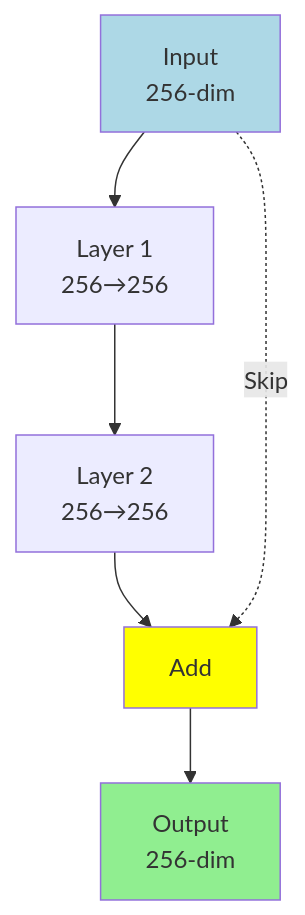
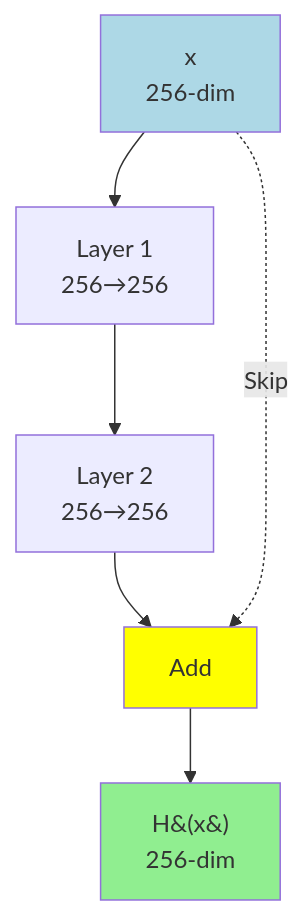
One commit to snowch/snowch.github.io changed the third of 5 diagrams in ai-eng/embedding-anomaly-detection/part1-understanding-resnet.md. Above: the diagram before and after it, drawn with Mermaid. The commit also changed other lines of this file, not shown here.

Commit message:
Fix mermaid diagram rendering for H(x) notation
Use HTML entity encoding (&#40; and &#41;) for parentheses in mermaid diagrams to properly render H(x). Updated Visual Comparison diagrams to use 'x' for input and 'H(x)' for output, consistent with earlier diagrams in the document.

````diff
--- a/ai-eng/embedding-anomaly-detection/part1-understanding-resnet.md
+++ b/ai-eng/embedding-anomaly-detection/part1-understanding-resnet.md
@@ -428,12 +428,12 @@
 ```{mermaid}
 graph TB
-    B1[Input<br/>256-dim] --> B2[Layer 1<br/>256→256]
+    B1[x<br/>256-dim] --> B2[Layer 1<br/>256→256]
     B2 --> B3[Layer 2<br/>256→256]
     B3 --> B4[Add]
     B1 -.Skip.-> B4
-    B4 --> B5[Output<br/>256-dim]
+    B4 --> B5[H&#40;x&#41;<br/>256-dim]
 
     style B1 fill:#ADD8E6
     style B5 fill:#90EE90
     style B4 fill:#FFFF00
 ```
````
